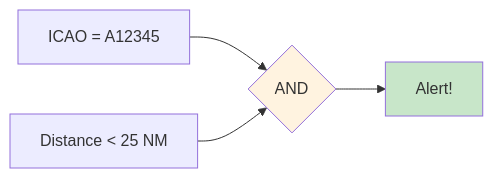
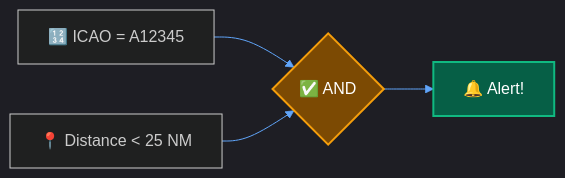
Before and after one commit to CHA0S-CORP/SkySpyDocs: the second of 2 diagrams in docs/Recipes/track-aircraft.md, drawn with Mermaid. The commit also changed other lines of this file and 11 other files, not shown here.

````diff
--- a/docs/Recipes/track-aircraft.md
+++ b/docs/Recipes/track-aircraft.md
@@ -356,9 +357,10 @@
 ```mermaid
+%%{init: {'theme': 'dark', 'themeVariables': { 'primaryColor': '#1e3a5f', 'primaryTextColor': '#fff', 'primaryBorderColor': '#3b82f6', 'lineColor': '#60a5fa'}}}%%
 flowchart LR
-    A[ICAO = A12345] --> AND{AND}
-    B[Distance < 25 NM] --> AND
-    AND --> ALERT[Alert!]
+    A["🔢 ICAO = A12345"] --> AND{"✅ AND"}
+    B["📍 Distance < 25 NM"] --> AND
+    AND --> ALERT["🔔 Alert!"]
 
-    style AND fill:#fff3e0
-    style ALERT fill:#c8e6c9
+    style AND fill:#7c4a03,stroke:#f59e0b,stroke-width:2px,color:#fff
+    style ALERT fill:#065f46,stroke:#10b981,stroke-width:2px,color:#fff
 ```
````
